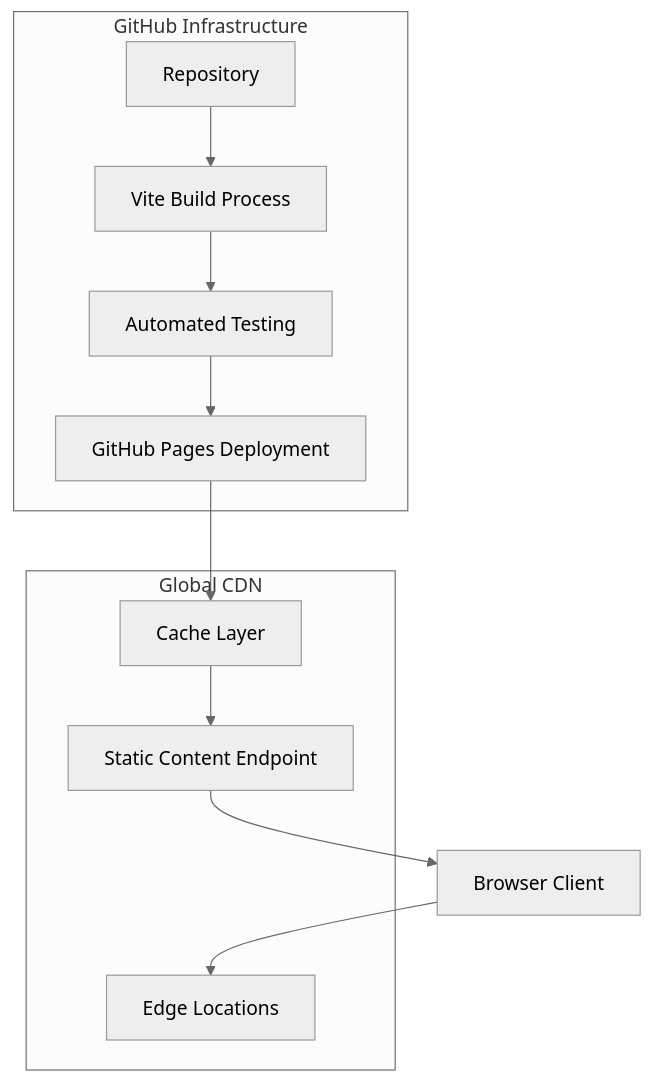
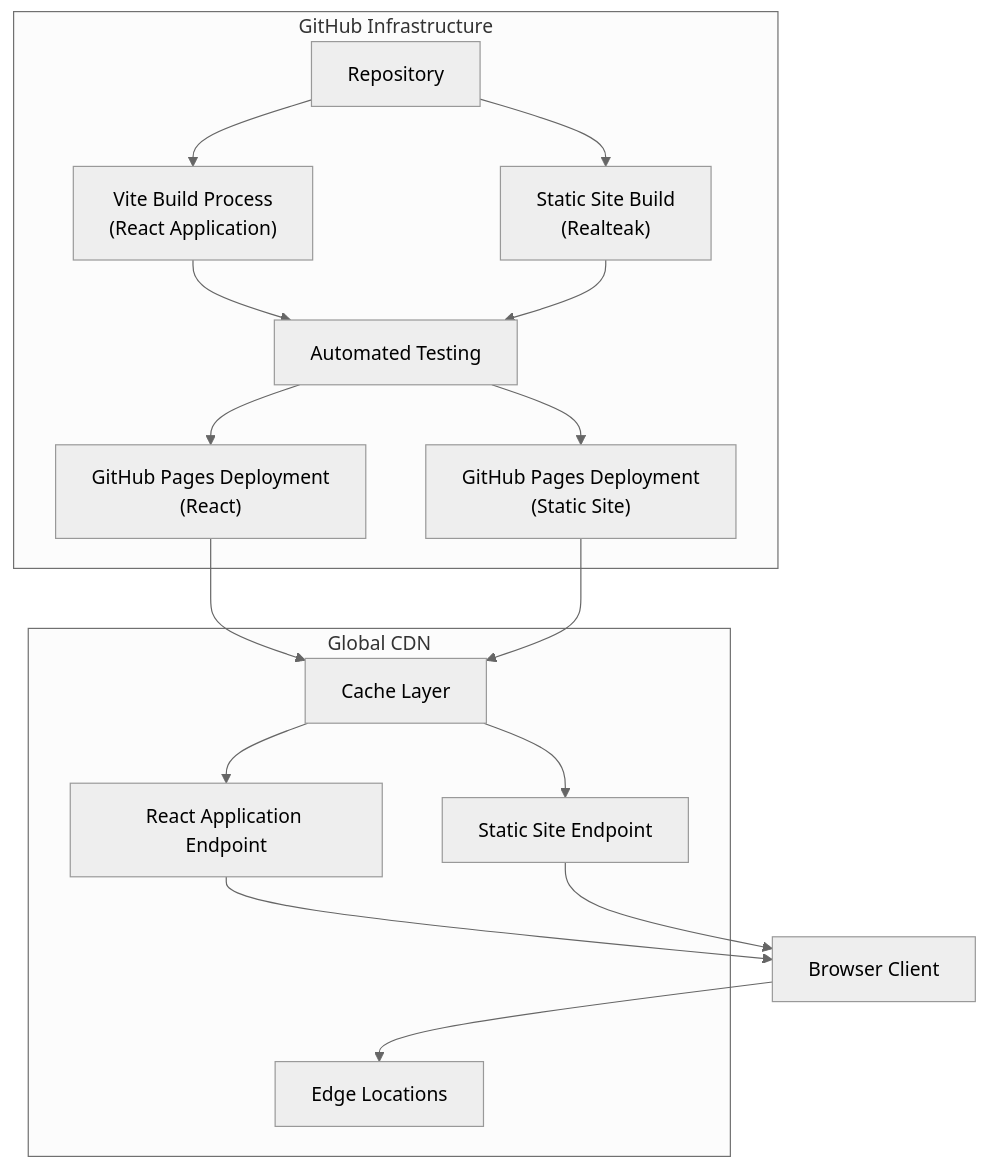
Before and after one commit to tashkirrr/housing-price-prediction: the second of 2 diagrams in .qoder/repowiki/en/content/Deployment and Operations/Deployment and Operations.md, drawn with Mermaid (neutral theme). The commit also changed other lines of this file and 3 other files, not shown here.

First line of the commit message:
docs(deployment): enhance deployment docs with dual architecture and static site details

````diff
--- a/.qoder/repowiki/en/content/Deployment and Operations/Deployment and Operations.md
+++ b/.qoder/repowiki/en/content/Deployment and Operations/Deployment and Operations.md
@@ -96,22 +107,31 @@
 ```mermaid
 graph TB
 CLIENT["Browser Client"]
 subgraph "GitHub Infrastructure"
 REPO["Repository"]
-BUILD["Vite Build Process"]
+BUILD1["Vite Build Process<br/>(React Application)"]
+BUILD2["Static Site Build<br/>(Realteak)"]
 TEST["Automated Testing"]
-DEPLOY["GitHub Pages Deployment"]
+DEPLOY1["GitHub Pages Deployment<br/>(React)"]
+DEPLOY2["GitHub Pages Deployment<br/>(Static Site)"]
 end
 subgraph "Global CDN"
 EDGE["Edge Locations"]
 CACHE["Cache Layer"]
-ENDPOINT["Static Content Endpoint"]
+ENDPOINT1["React Application Endpoint"]
+ENDPOINT2["Static Site Endpoint"]
 end
 CLIENT --> EDGE
-REPO --> BUILD
-BUILD --> TEST
-TEST --> DEPLOY
-DEPLOY --> CACHE
-CACHE --> ENDPOINT
-ENDPOINT --> CLIENT
+REPO --> BUILD1
+REPO --> BUILD2
+BUILD1 --> TEST
+BUILD2 --> TEST
+TEST --> DEPLOY1
+TEST --> DEPLOY2
+DEPLOY1 --> CACHE
+DEPLOY2 --> CACHE
+CACHE --> ENDPOINT1
+CACHE --> ENDPOINT2
+ENDPOINT1 --> CLIENT
+ENDPOINT2 --> CLIENT
 ```
````
